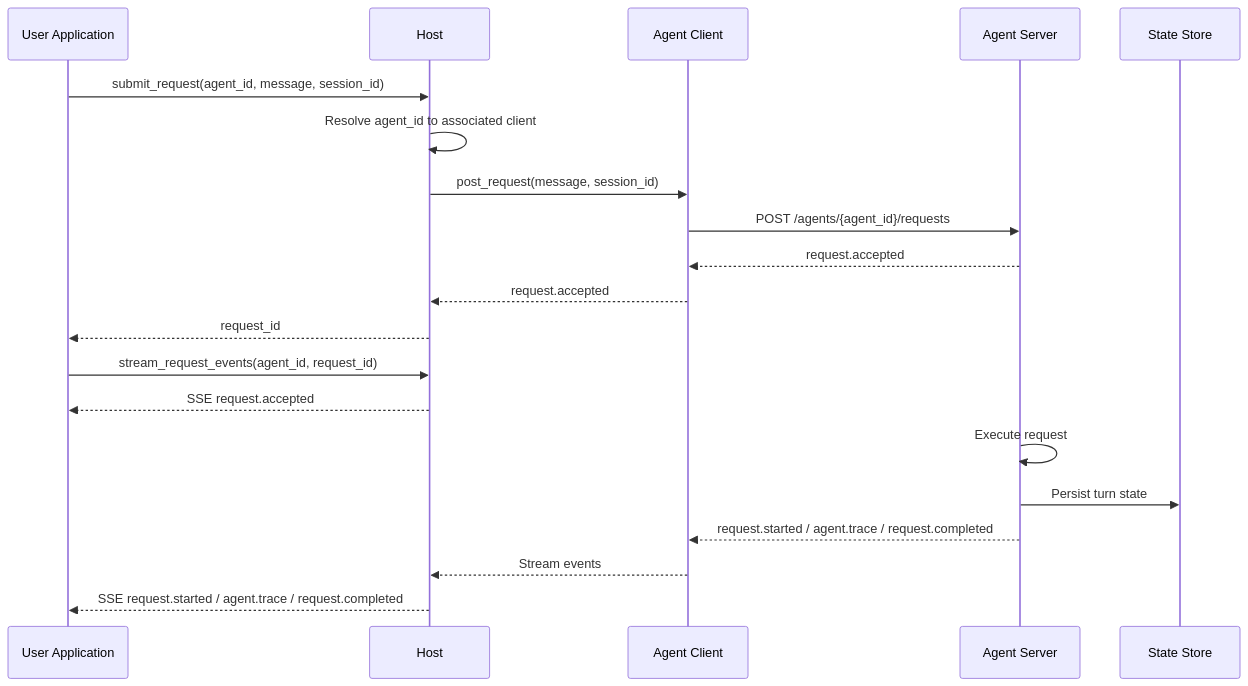
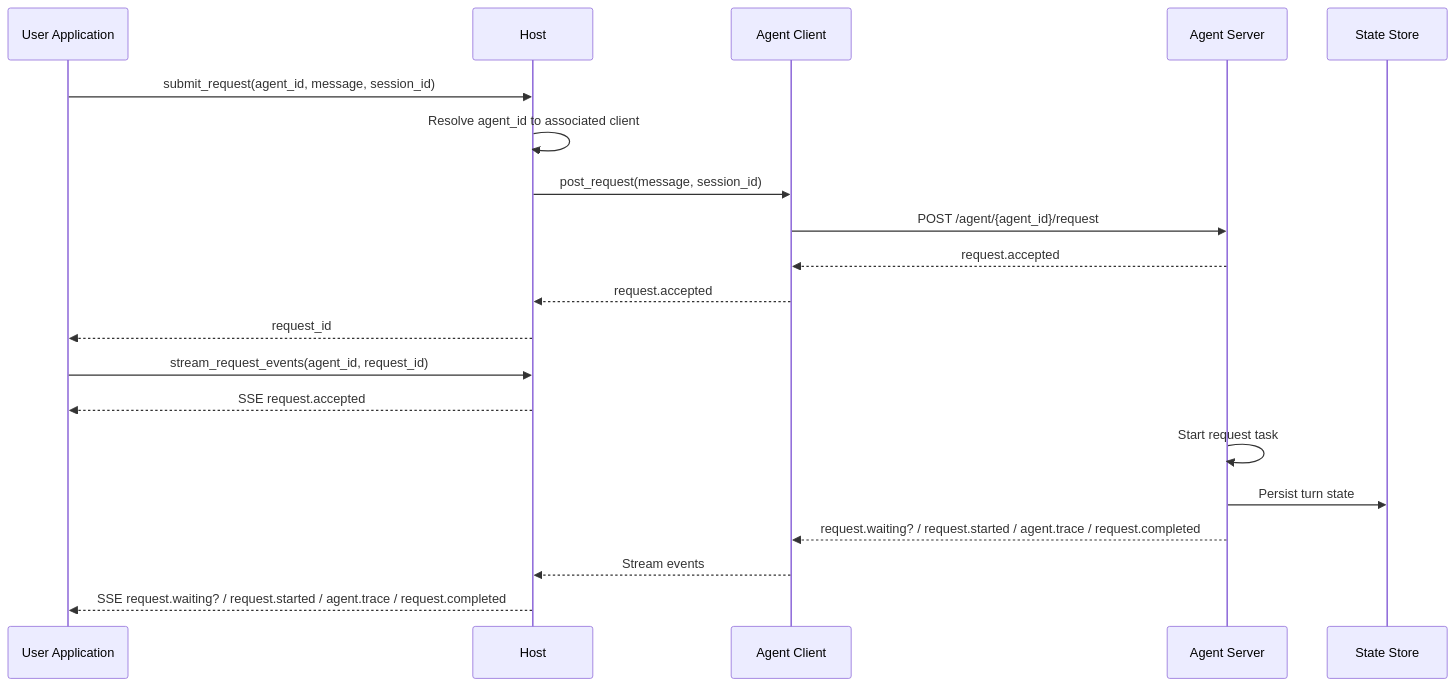
The second of 2 diagrams in docs/rfcs/host-to-agent-protocol.md (imsid/mashpy), drawn with Mermaid before and after one commit. The commit also changed other lines of this file and 52 other files, not shown here.

````diff
--- a/docs/rfcs/host-to-agent-protocol.md
+++ b/docs/rfcs/host-to-agent-protocol.md
@@ -151,23 +151,23 @@
 ```mermaid
 sequenceDiagram
     participant App as User Application
     participant Host
     participant Client as Agent Client
     participant Server as Agent Server
     participant Store as State Store
 
     App->>Host: submit_request(agent_id, message, session_id)
     Host->>Host: Resolve agent_id to associated client
     Host->>Client: post_request(message, session_id)
-    Client->>Server: POST /agents/{agent_id}/requests
+    Client->>Server: POST /agent/{agent_id}/request
     Server-->>Client: request.accepted
     Client-->>Host: request.accepted
     Host-->>App: request_id
     App->>Host: stream_request_events(agent_id, request_id)
     Host-->>App: SSE request.accepted
-    Server->>Server: Execute request
+    Server->>Server: Start request task
     Server->>Store: Persist turn state
-    Server-->>Client: request.started / agent.trace / request.completed
+    Server-->>Client: request.waiting? / request.started / agent.trace / request.completed
     Client-->>Host: Stream events
-    Host-->>App: SSE request.started / agent.trace / request.completed
+    Host-->>App: SSE request.waiting? / request.started / agent.trace / request.completed
 ```
````
